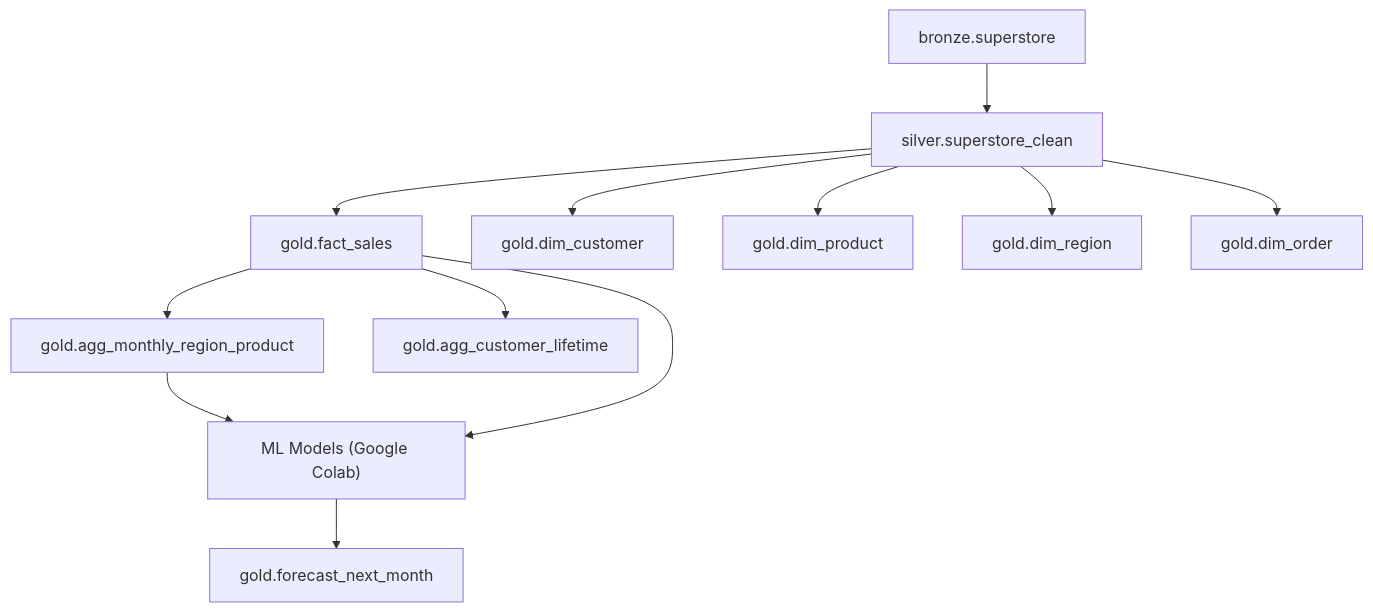
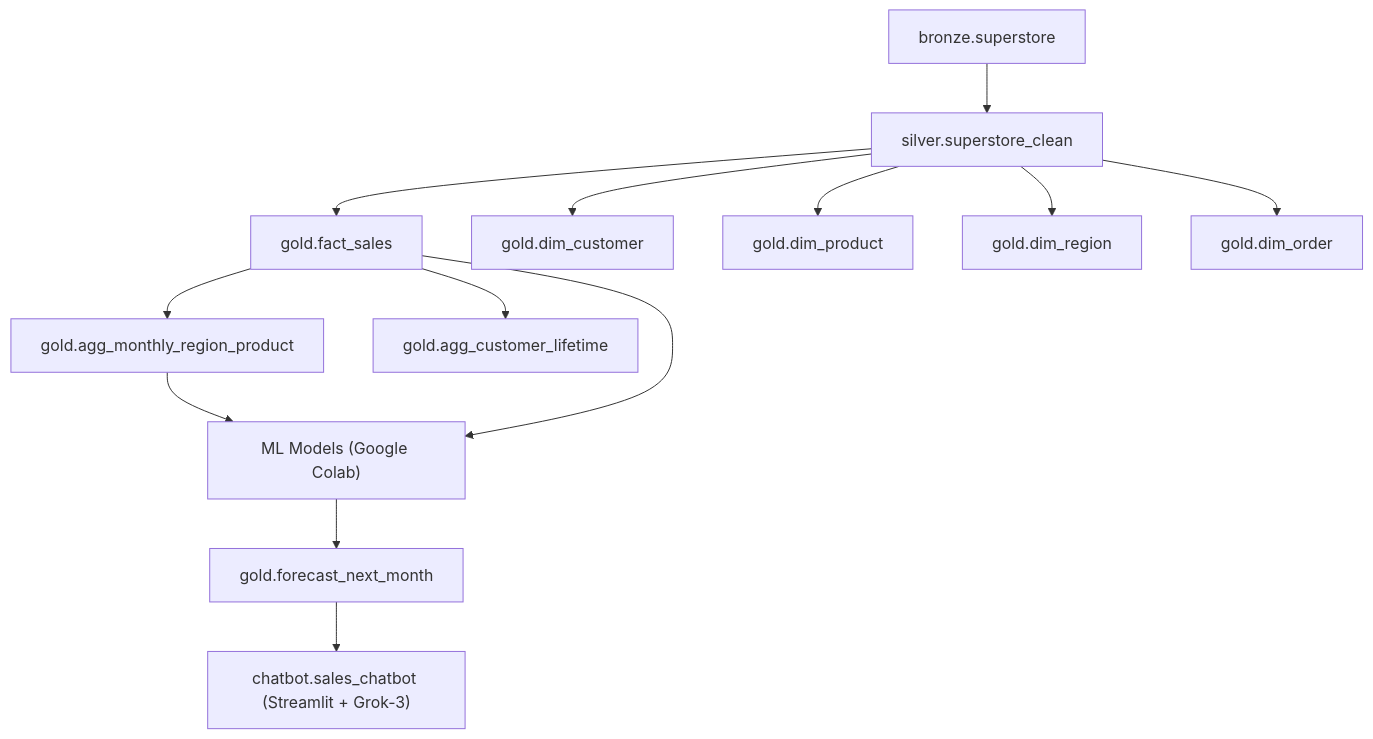
One commit to nalavala999/retail_sales_analytics_and_forecasting changed the diagram in README.md. Above: the diagram before and after it, drawn with Mermaid. The commit also changed other lines of this file, not shown here.

````diff
--- a/README.md
+++ b/README.md
@@ -45,14 +46,15 @@
 ```mermaid
 graph TD
   A["bronze.superstore"] --> B["silver.superstore_clean"]
   B --> C["gold.fact_sales"]
   B --> D["gold.dim_customer"]
   B --> E["gold.dim_product"]
   B --> F["gold.dim_region"]
   B --> G["gold.dim_order"]
   C --> H["gold.agg_monthly_region_product"]
   C --> I["gold.agg_customer_lifetime"]
   H --> J["ML Models (Google Colab)"]
   C --> J
   J --> K["gold.forecast_next_month"]
+  K --> L["chatbot.sales_chatbot (Streamlit + Grok-3)"]
 ```
````
